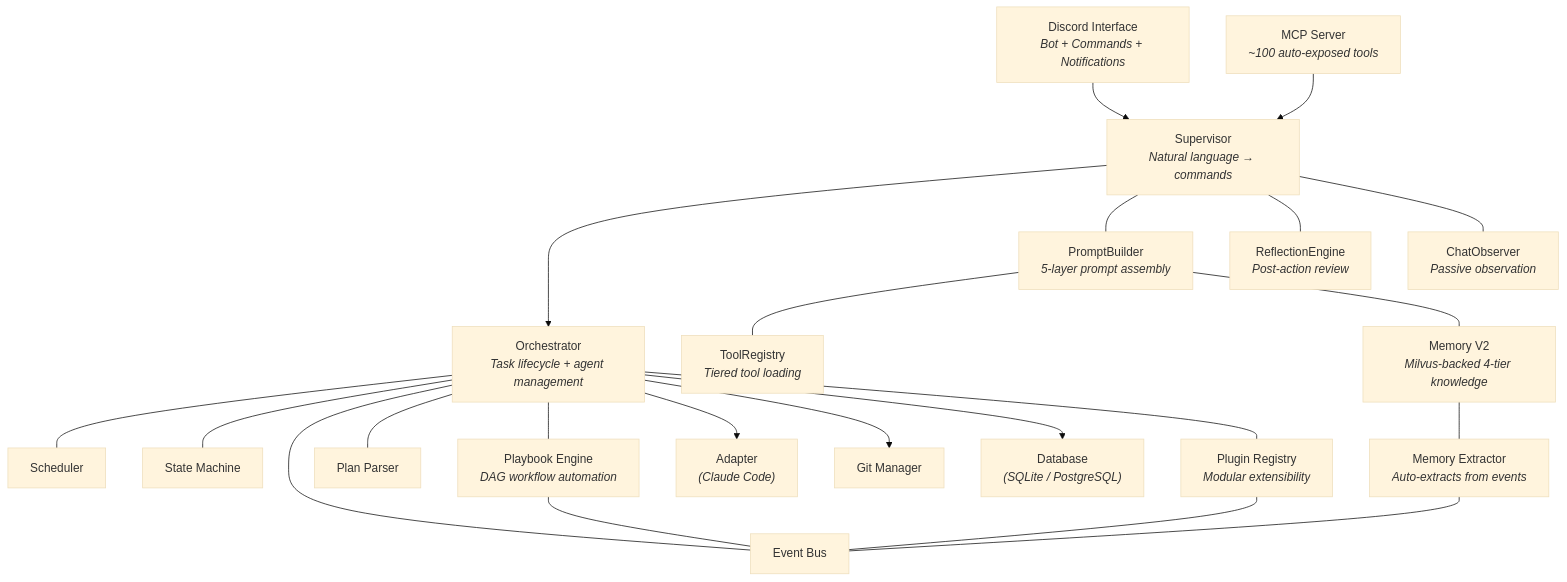
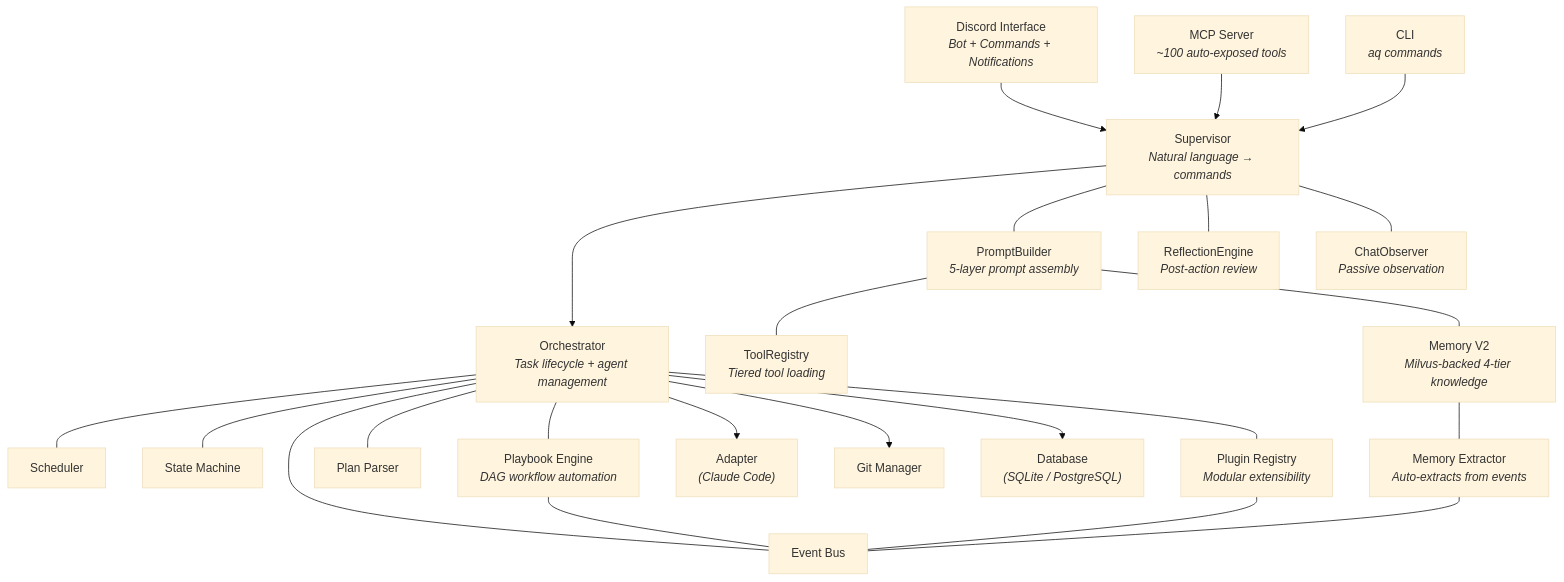
The diagram in docs/guides/architecture.md (darcyle/agent-queue), drawn with Mermaid (base theme) before and after one commit. The commit also changed other lines of this file and 3 other files, not shown here.

````diff
--- a/docs/guides/architecture.md
+++ b/docs/guides/architecture.md
@@ -13,43 +13,45 @@
 ```mermaid
 graph TD
     Discord["Discord Interface<br/><i>Bot + Commands + Notifications</i>"]
     MCP["MCP Server<br/><i>~100 auto-exposed tools</i>"]
+    CLI["CLI<br/><i>aq commands</i>"]
     Supervisor["Supervisor<br/><i>Natural language → commands</i>"]
     PB["PromptBuilder<br/><i>5-layer prompt assembly</i>"]
     TR["ToolRegistry<br/><i>Tiered tool loading</i>"]
     Reflect["ReflectionEngine<br/><i>Post-action review</i>"]
     ChatObs["ChatObserver<br/><i>Passive observation</i>"]
     Orch["Orchestrator<br/><i>Task lifecycle + agent management</i>"]
     Sched[Scheduler]
     SM[State Machine]
     EB[Event Bus]
     PP[Plan Parser]
     Playbooks["Playbook Engine<br/><i>DAG workflow automation</i>"]
     Plugins["Plugin Registry<br/><i>Modular extensibility</i>"]
     Adapter["Adapter<br/><i>(Claude Code)</i>"]
     Git["Git Manager"]
     DB["Database<br/><i>(SQLite / PostgreSQL)</i>"]
     Memory["Memory V2<br/><i>Milvus-backed 4-tier knowledge</i>"]
     Extractor["Memory Extractor<br/><i>Auto-extracts from events</i>"]
 
     Discord --> Supervisor --> Orch
     MCP --> Supervisor
+    CLI --> Supervisor
     Supervisor --- PB
     Supervisor --- Reflect
     Supervisor --- ChatObs
     PB --- TR
     PB --- Memory
     Orch --- Sched
     Orch --- SM
     Orch --- EB
     Orch --- PP
     Orch --- Playbooks
     Orch --> Adapter
     Orch --> Git
     Orch --> DB
     Orch --- Plugins
     Memory --- Extractor
     Extractor --- EB
     Playbooks --- EB
     Plugins --- EB
 ```
````
